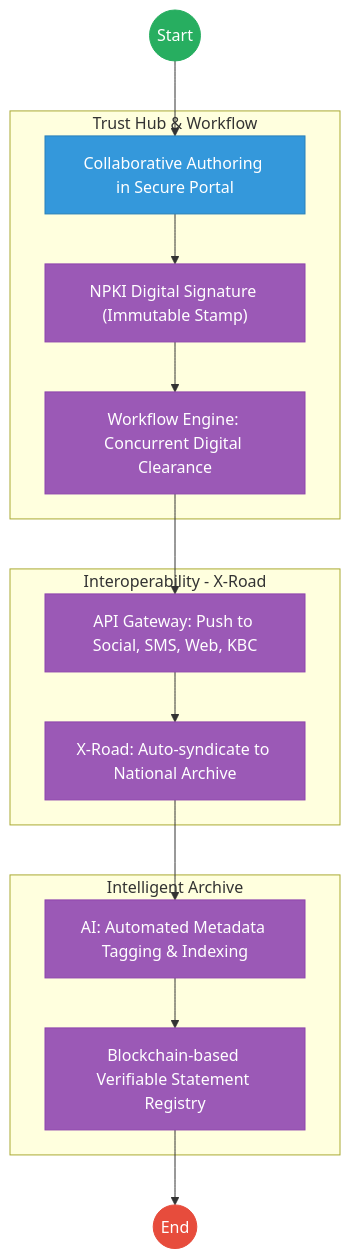
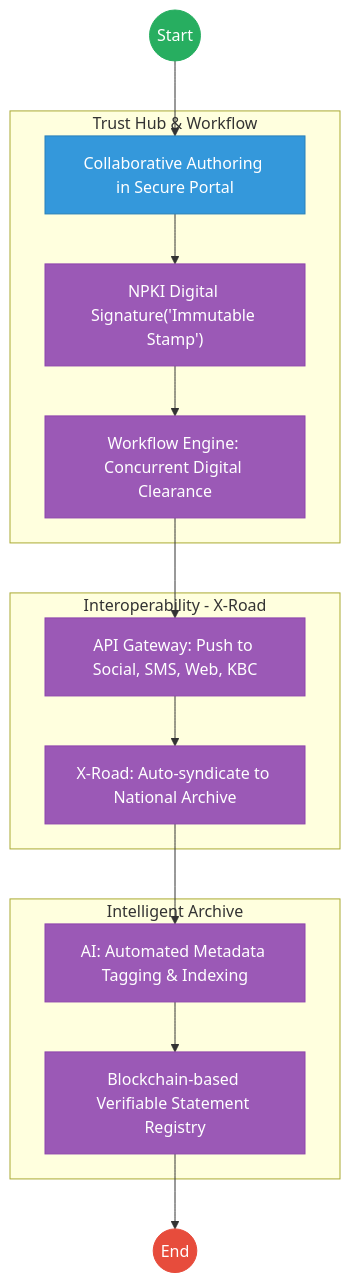
Before and after one commit to BITZ-IT-Consulting-LTD/ictapoc: the second of 2 diagrams in mdas/docs_final/priority_mdas/Government_Spokesperson___Service_Delivery.md, drawn with Mermaid. The commit also changed other lines of this file and 33 other files, not shown here.

````diff
--- a/mdas/docs_final/priority_mdas/Government_Spokesperson___Service_Delivery.md
+++ b/mdas/docs_final/priority_mdas/Government_Spokesperson___Service_Delivery.md
@@ -78,30 +78,30 @@
 ```mermaid
 graph TD
     Start((Start)) --> Author["Collaborative Authoring in Secure Portal"]
     
-    subgraph Layer2 [Trust Hub & Workflow]
-        Author --> Sign["NPKI Digital Signature (Immutable Stamp)"]
+    subgraph Layer2["Trust Hub & Workflow"]
+        Author --> Sign["NPKI Digital Signature('Immutable Stamp')"]
         Sign --> Workflow["Workflow Engine: Concurrent Digital Clearance"]
     end
     
-    subgraph Layer3 [Interoperability - X-Road]
+    subgraph Layer3["Interoperability - X-Road"]
         Workflow --> MultiChannel["API Gateway: Push to Social, SMS, Web, KBC"]
         MultiChannel --> XRoad_Archive["X-Road: Auto-syndicate to National Archive"]
     end
     
-    subgraph Layer4 [Intelligent Archive]
+    subgraph Layer4["Intelligent Archive"]
         XRoad_Archive --> AI_Meta["AI: Automated Metadata Tagging & Indexing"]
         AI_Meta --> Registry["Blockchain-based Verifiable Statement Registry"]
     end
     
     Registry --> End((End))
 
     classDef start fill:#27ae60,stroke:#27ae60,color:#fff;
     classDef endNode fill:#e74c3c,stroke:#e74c3c,color:#fff;
     classDef userTask fill:#3498db,stroke:#2980b9,color:#fff;
     classDef serviceTask fill:#9b59b6,stroke:#8e44ad,color:#fff;
     class Start start;
     class End endNode;
     class Author userTask;
     class Sign,Workflow,MultiChannel,XRoad_Archive,AI_Meta,Registry serviceTask;
 ```
````
